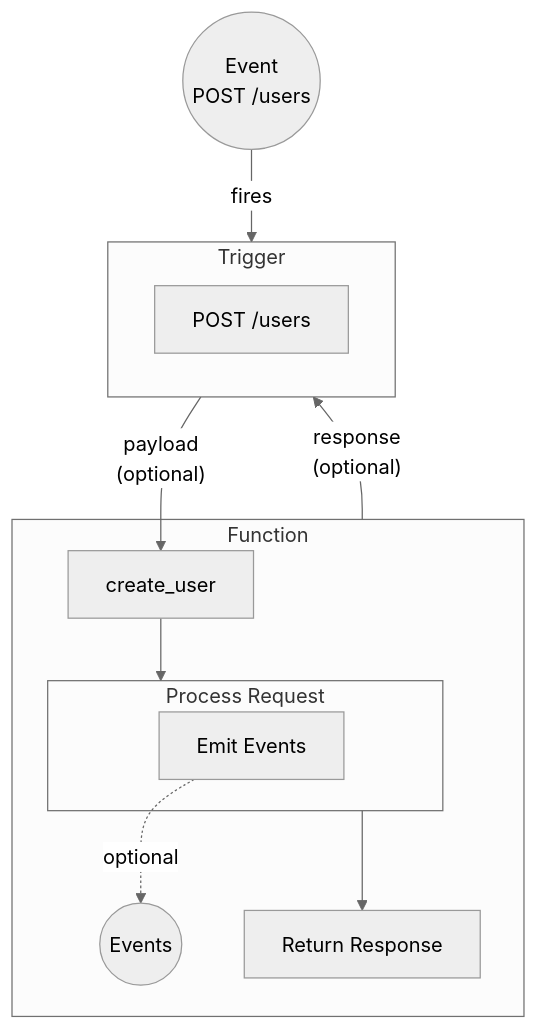
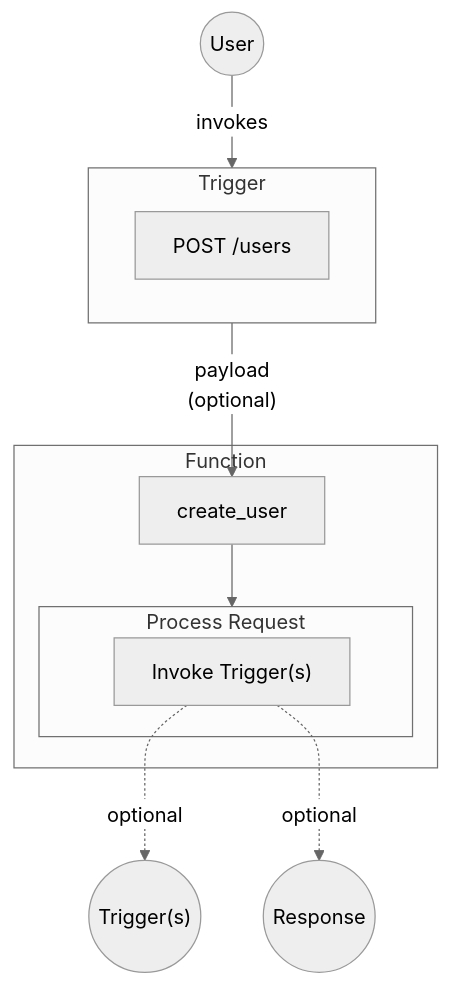
Before and after one commit to iii-hq/docs: the diagram in content/concepts/functions.mdx, drawn with Mermaid (neutral theme). The commit also changed other lines of this file and 8 other files, not shown here.

````diff
--- a/content/concepts/functions.mdx
+++ b/content/concepts/functions.mdx
@@ -15,22 +15,20 @@
 ```mermaid
 graph TB
     subgraph Trigger[Trigger]
         Config[POST /users]
     end
 
-    Event((Event<br/>POST /users)) -->|fires| Trigger
+    User((User)) -->|invokes| Trigger
 
     Trigger -->|"payload<br/>(optional)"| Fn
 
     subgraph Function[Function]
         Fn[create_user]
         Fn --> P1
         subgraph P1[Process Request]
-            P2[Emit Events]
+            P2["Invoke Trigger(s)"]
         end
-        P2 -.->|optional| Events((Events))
-        P1 --> P3[Return Response]
     end
-
-    Function -->|"response<br/>(optional)"| Trigger
+        P2 -.->|optional| Triggers(("Trigger(s)"))
+        P2 -.->|optional| P3(("Response"))
 ```
````
